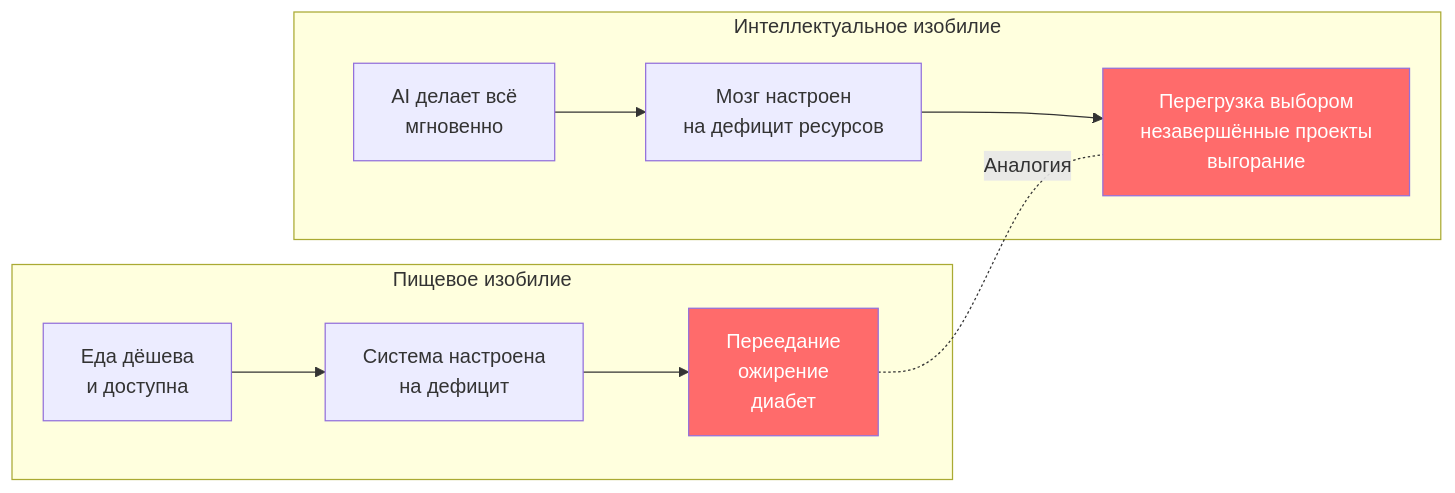
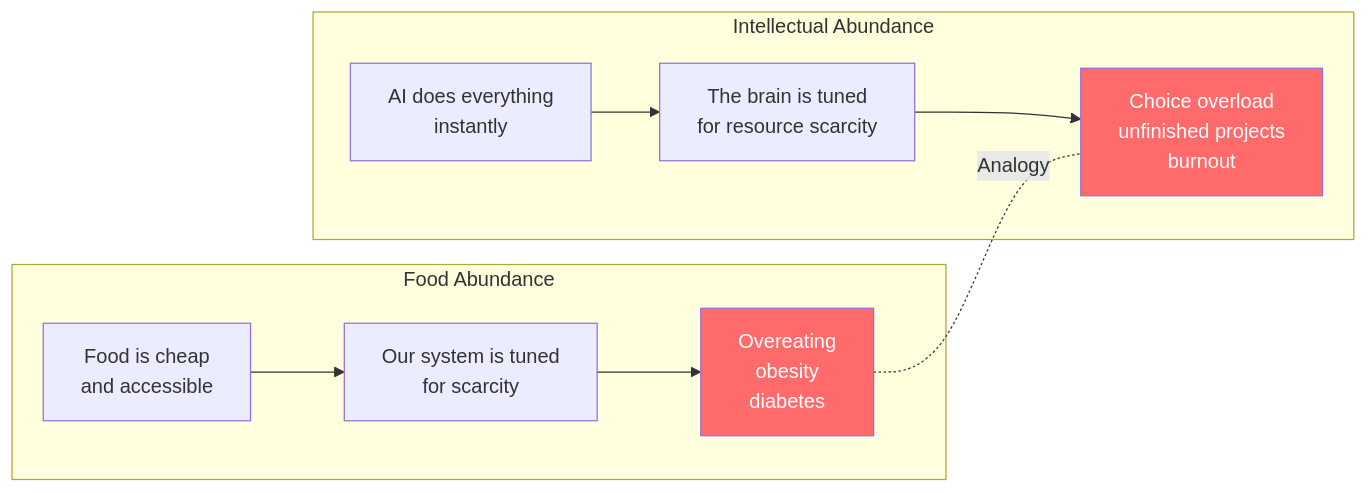
Before and after one commit to ad3002/masters-course-2025-vibe-coding: diagram 12 of 16 in materials/workshop4.md, drawn with Mermaid. The commit also changed other lines of this file, not shown here.

````diff
--- a/materials/workshop4.md
+++ b/materials/workshop4.md
@@ -502,17 +502,17 @@
 ```mermaid
 graph LR
-    subgraph "Пищевое изобилие"
-        F1[Еда дёшева<br/>и доступна] --> F2[Система настроена<br/>на дефицит]
-        F2 --> F3[Переедание<br/>ожирение<br/>диабет]
+    subgraph "Food Abundance"
+        F1[Food is cheap<br/>and accessible] --> F2[Our system is tuned<br/>for scarcity]
+        F2 --> F3[Overeating<br/>obesity<br/>diabetes]
     end
 
-    subgraph "Интеллектуальное изобилие"
-        I1[AI делает всё<br/>мгновенно] --> I2[Мозг настроен<br/>на дефицит ресурсов]
-        I2 --> I3[Перегрузка выбором<br/>незавершённые проекты<br/>выгорание]
+    subgraph "Intellectual Abundance"
+        I1[AI does everything<br/>instantly] --> I2[The brain is tuned<br/>for resource scarcity]
+        I2 --> I3[Choice overload<br/>unfinished projects<br/>burnout]
     end
 
-    F3 -.Аналогия.- I3
+    F3 -.Analogy.- I3
 
     style F3 fill:#ff6b6b,color:#fff
     style I3 fill:#ff6b6b,color:#fff
 ```
````
